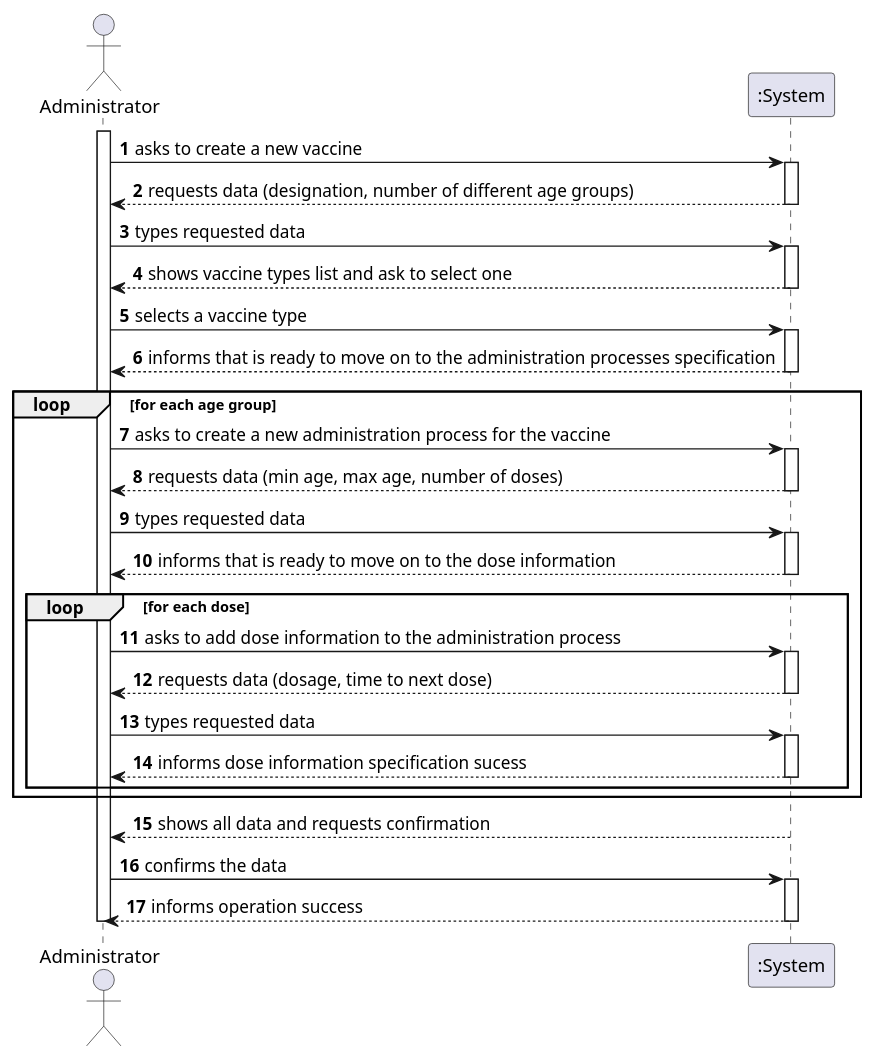
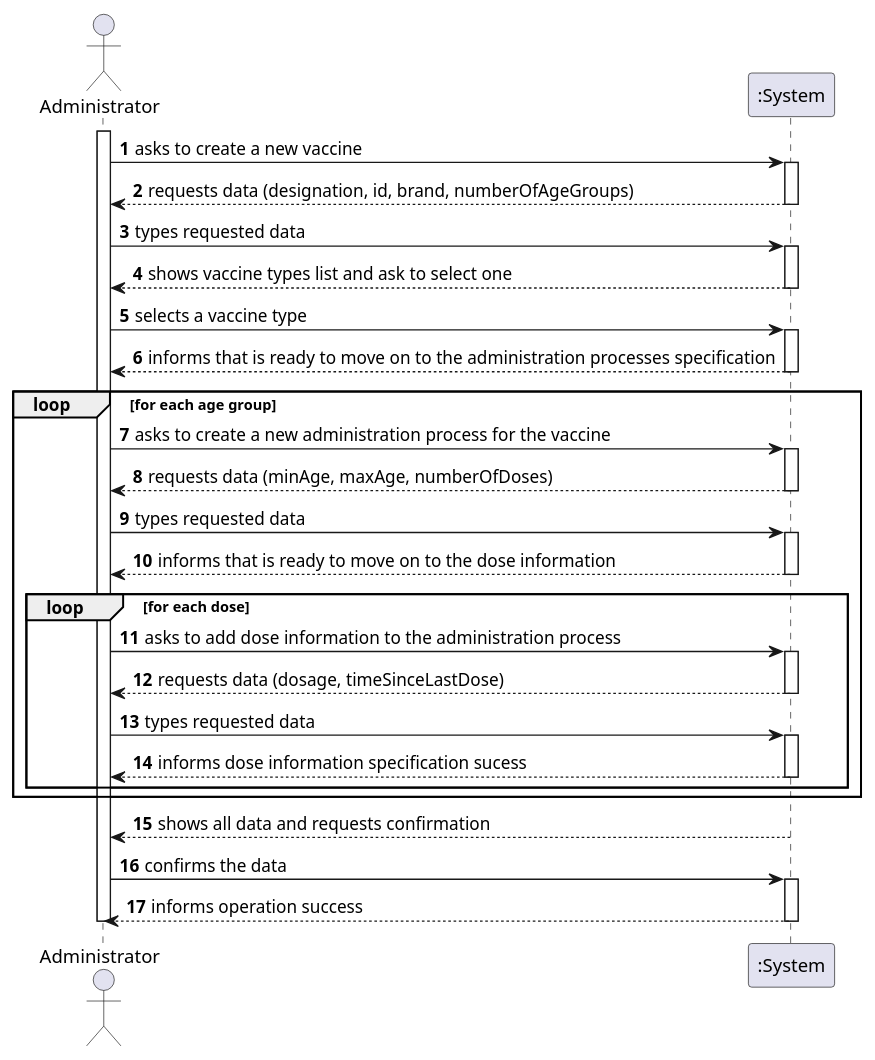
Before and after one commit to miseEnPlace-i/lapr2: the diagram in docs/SprintB/US13/SSD/US13_SSD.puml, drawn with PlantUML. The commit also changed 5 other files, not shown here.

```diff
--- a/docs/SprintB/US13/SSD/US13_SSD.puml
+++ b/docs/SprintB/US13/SSD/US13_SSD.puml
@@ -1,54 +1,54 @@
 @startuml
 autonumber
 actor "Administrator" as OE
 
 activate OE
 OE -> ":System" : asks to create a new vaccine
 activate ":System"
-":System" --> OE : requests data (designation, number of different age groups)
+":System" --> OE : requests data (designation, id, brand, numberOfAgeGroups)
 deactivate ":System"
 
 OE -> ":System" : types requested data
 activate ":System"
 ":System" --> OE : shows vaccine types list and ask to select one
 deactivate ":System"
 
 OE -> ":System" : selects a vaccine type
 activate ":System"
 ":System" --> OE : informs that is ready to move on to the administration processes specification
 deactivate ":System"
 
 
 loop for each age group
     OE -> ":System" : asks to create a new administration process for the vaccine
     activate ":System"
-    ":System" --> OE : requests data (min age, max age, number of doses)
+    ":System" --> OE : requests data (minAge, maxAge, numberOfDoses)
     deactivate ":System"
     OE -> ":System" : types requested data
     activate ":System"
     ":System" --> OE : informs that is ready to move on to the dose information
     deactivate ":System"
     
     loop for each dose
         OE -> ":System" : asks to add dose information to the administration process
         activate ":System"
-        ":System" --> OE : requests data (dosage, time to next dose)
+        ":System" --> OE : requests data (dosage, timeSinceLastDose)
         deactivate ":System"
         OE -> ":System" : types requested data
         activate ":System"
         ":System" --> OE : informs dose information specification sucess
         deactivate ":System"
     end
 
 end
 
 ":System" --> OE : shows all data and requests confirmation
 deactivate ":System"
 OE -> ":System" : confirms the data
 activate ":System"
 ":System" --> OE : informs operation success
 deactivate ":System"
 
 deactivate OE
 
 @enduml
```
